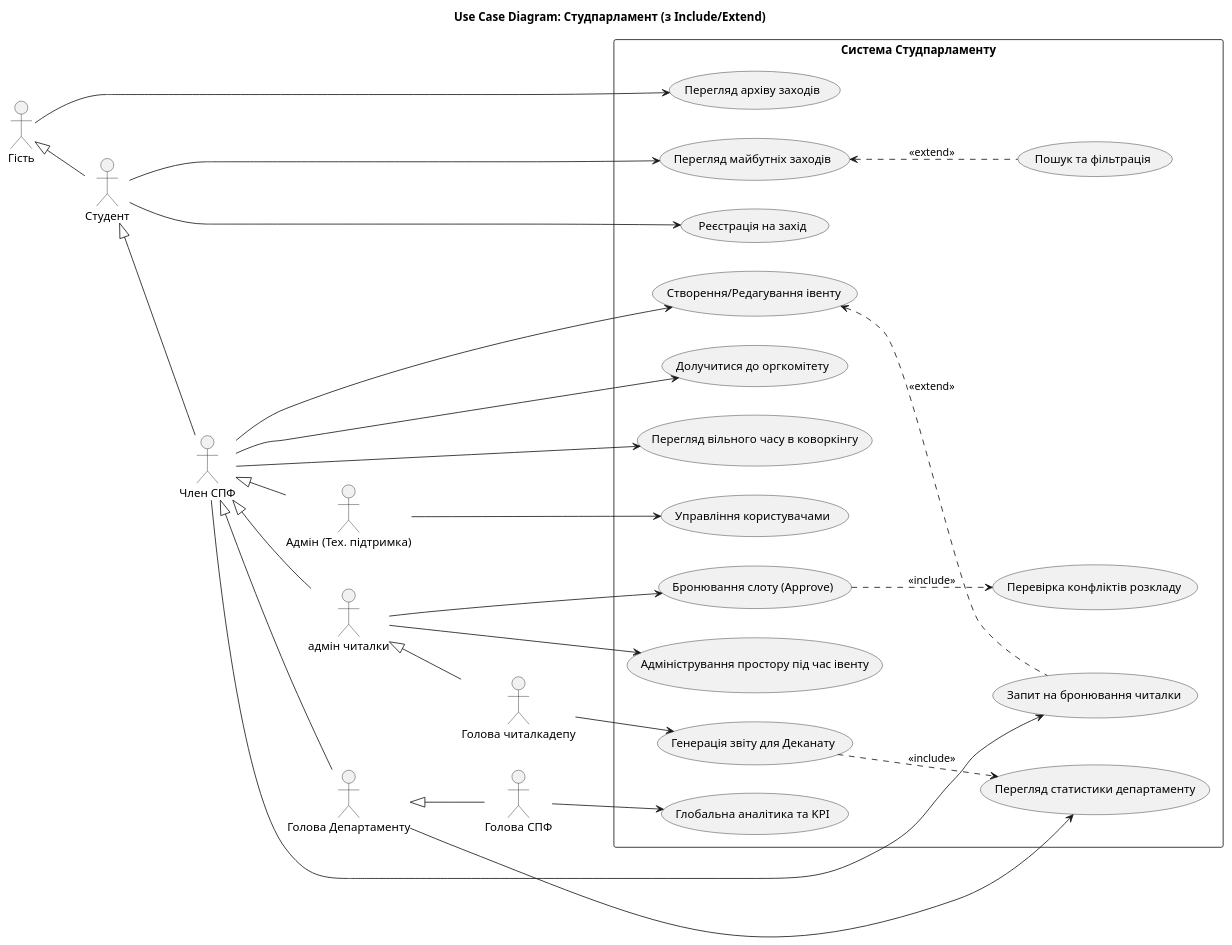
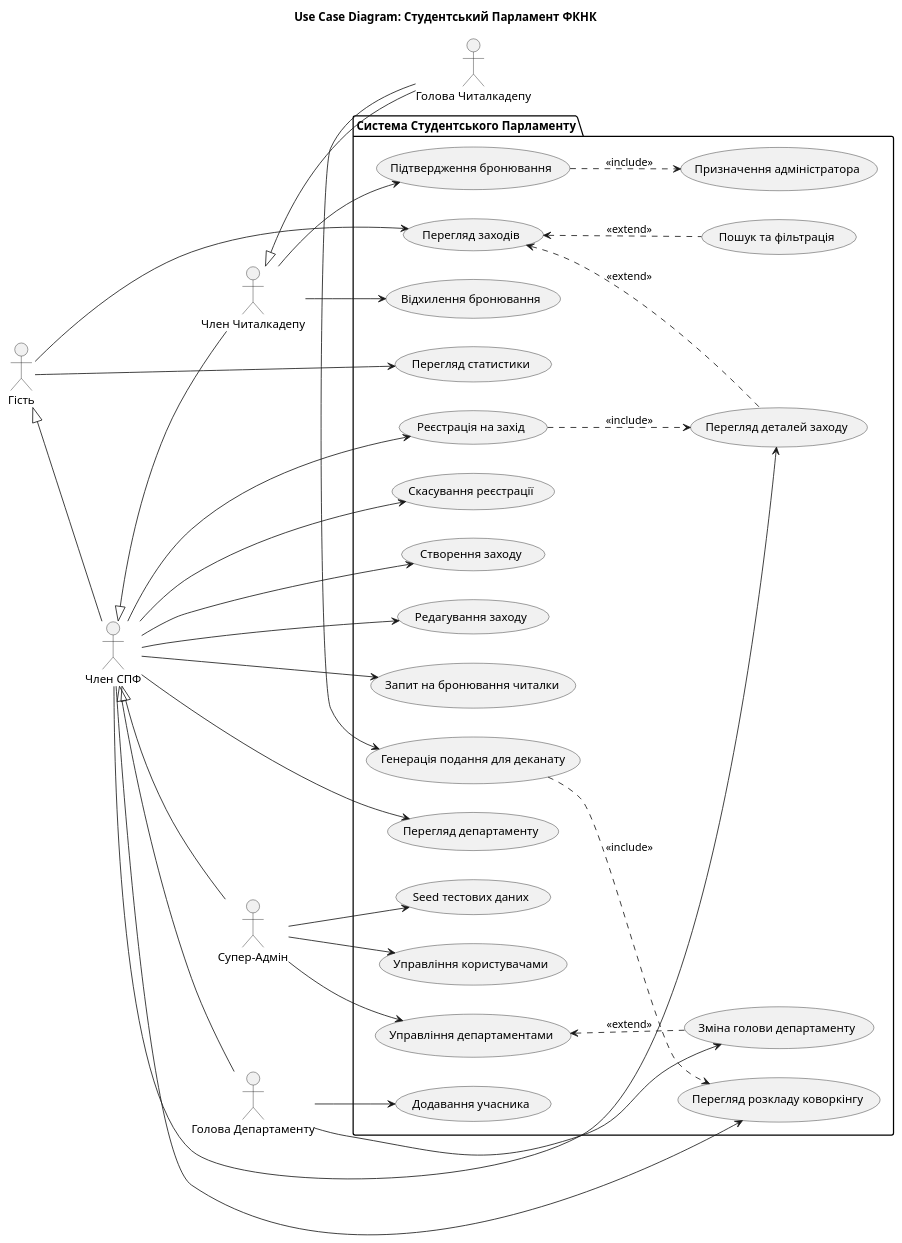
One commit to Pichus/isttp_lab1 changed the diagram in docs/usecase.plantuml. Above: the diagram before and after it, drawn with PlantUML. The commit also changed 3 other files, not shown here.

Commit message:
docs: update diagrams

```diff
--- a/docs/usecase.plantuml
+++ b/docs/usecase.plantuml
@@ -1,109 +1,72 @@
-@startuml Student parliament website
-title Use Case Diagram: Студпарламент (з Include/Extend)
+@startuml Student_Parliament_UseCases
+title Use Case Diagram: Студентський Парламент ФКНК
 left to right direction
-skinparam packageStyle rectangle
-
-' --- ACTORS ---
 
 actor "Гість" as Guest
-actor "Студент" as Student
-actor "Член СПФ" as SPMember
-actor "Адмін (Тех. підтримка)" as Admin
+actor "Член СПФ" as Member
+actor "Член Читалкадепу" as Coworking
+actor "Голова Читалкадепу" as CoworkingHead
+actor "Голова Департаменту" as DeptHead
+actor "Супер-Адмін" as Admin
 
-' Специфічні ролі департаментів
-actor "адмін читалки" as SpaceMember
-actor "Голова Департаменту" as DeptHead
-actor "Голова читалкадепу" as CoworkingHead
-actor "Голова СПФ" as SPHead
+Guest <|-- Member
+Member <|-- Coworking
+Coworking <|-- CoworkingHead
+Member <|-- DeptHead
+Member <|-- Admin
 
-' --- HIERARCHY ---
-
-Guest <|-- Student
-Student <|-- SPMember
-SPMember <|-- Admin
-SPMember <|-- SpaceMember
-SPMember <|-- DeptHead
-DeptHead <|-- SPHead
-SpaceMember <|-- CoworkingHead
-
-' --- USE CASES ---
-
-package "Система Студпарламенту" {
-
-    ' --- БЛОК 1: ЗАГАЛЬНЕ ---
-    usecase "Перегляд архіву заходів" as UC_ViewPast
-    usecase "Перегляд майбутніх заходів" as UC_ViewFuture
-    usecase "Реєстрація на захід" as UC_Register
-    usecase "Пошук та фільтрація" as UC_Search
-
-    ' --- БЛОК 2: ФУНКЦІОНАЛ ЧЛЕНА СПФ ---
-    usecase "Створення/Редагування івенту" as UC_CreateEvent
-    usecase "Долучитися до оргкомітету" as UC_JoinOrg
-    usecase "Перегляд вільного часу в коворкінгу" as UC_ViewSlots 
-    usecase "Запит на бронювання читалки" as UC_BookSlotRequest
-    
-    ' --- БЛОК 3: КОВОРКІНГ ДЕПАРТАМЕНТ ---
-    usecase "Бронювання слоту (Approve)" as UC_BookSlot
-    usecase "Перевірка конфліктів розкладу" as UC_CheckConflicts
-    usecase "Адміністрування простору під час івенту" as UC_SpaceAdmin
-
-    ' --- БЛОК 4: КЕРІВНИЦТВО ---
-    usecase "Перегляд статистики департаменту" as UC_DeptStats
-    usecase "Генерація звіту для Деканату" as UC_DeanReport
-    usecase "Глобальна аналітика та KPI" as UC_GlobalStats
-
-    ' --- БЛОК 5: АДМІНІСТРАТОР ---
-    usecase "Управління користувачами" as UC_ManageUsers
+package "Система Студентського Парламенту" {
+    (Перегляд заходів) as ViewEvents
+    (Пошук та фільтрація) as Search
+    (Перегляд статистики) as Stats
+    (Перегляд деталей заходу) as ViewDetails
+    (Реєстрація на захід) as Register
+    (Скасування реєстрації) as CancelReg
+    (Створення заходу) as CreateEvent
+    (Редагування заходу) as EditEvent
+    (Запит на бронювання читалки) as BookRequest
+    (Перегляд розкладу коворкінгу) as ViewSlots
+    (Підтвердження бронювання) as Approve
+    (Відхилення бронювання) as Reject
+    (Призначення адміністратора) as AssignManager
+    (Генерація подання для деканату) as GenDoc
+    (Перегляд департаменту) as ViewDept
+    (Додавання учасника) as AddMember
+    (Зміна голови департаменту) as ChangeHead
+    (Управління користувачами) as ManageUsers
+    (Управління департаментами) as ManageDepts
+    (Seed тестових даних) as Seed
 }
 
-' --- ЗВ'ЯЗКИ ACTORS ---
+Guest --> ViewEvents
+Guest --> Stats
 
-' Гість
-Guest --> UC_ViewPast
+Member --> ViewDetails
+Member --> Register
+Member --> CancelReg
+Member --> CreateEvent
+Member --> EditEvent
+Member --> BookRequest
+Member --> ViewSlots
+Member --> ViewDept
 
-' Студент
-Student --> UC_ViewFuture
-Student --> UC_Register
+Coworking --> Approve
+Coworking --> Reject
 
-' Член СПФ
-SPMember --> UC_CreateEvent
-SPMember --> UC_JoinOrg
-SPMember --> UC_ViewSlots
-SPMember --> UC_BookSlotRequest
+CoworkingHead --> GenDoc
 
-' адмін читалки
-SpaceMember --> UC_BookSlot
-SpaceMember --> UC_SpaceAdmin
+DeptHead --> AddMember
+DeptHead --> ChangeHead
 
-' Голова Департаменту
-DeptHead --> UC_DeptStats
+Admin --> ManageUsers
+Admin --> ManageDepts
+Admin --> Seed
 
-' Голова Коворкінгу
-CoworkingHead --> UC_DeanReport
-
-' Голова СПФ
-SPHead --> UC_GlobalStats
-
-' Адмін
-Admin --> UC_ManageUsers
-
-' --- ЗВ'ЯЗКИ INCLUDE / EXTEND (Логіка системи) ---
-
-' 1. Пошук розширює перегляд (це опціональна дія при перегляді)
-UC_ViewFuture <.. UC_Search : <<extend>>
-
-' 2. Створення івенту може включати запит на бронювання 
-' (якщо івент офлайн в читалці - це розширення базового сценарію створення)
-UC_CreateEvent <.. UC_BookSlotRequest : <<extend>>
-
-' 3. Щоб зареєструватись, треба спочатку знайти івент (не обов'язково, але логічно)
-' АБО реєстрація розширює перегляд детальної інформації. 
-' Тут залишимо простіше: прямий зв'язок актора.
-
-' 4. Щоб заапрувити слот (BookSlot), система ОБОВ'ЯЗКОВО має перевірити конфлікти
-UC_BookSlot ..> UC_CheckConflicts : <<include>>
-
-' 5. Щоб зробити звіт для деканату, ОБОВ'ЯЗКОВО треба мати статистику
-UC_DeanReport ..> UC_DeptStats : <<include>>
+ViewEvents <.. Search : <<extend>>
+ViewEvents <.. ViewDetails : <<extend>>
+Register ..> ViewDetails : <<include>>
+Approve ..> AssignManager : <<include>>
+GenDoc ..> ViewSlots : <<include>>
+ManageDepts <.. ChangeHead : <<extend>>
 
 @enduml
```
